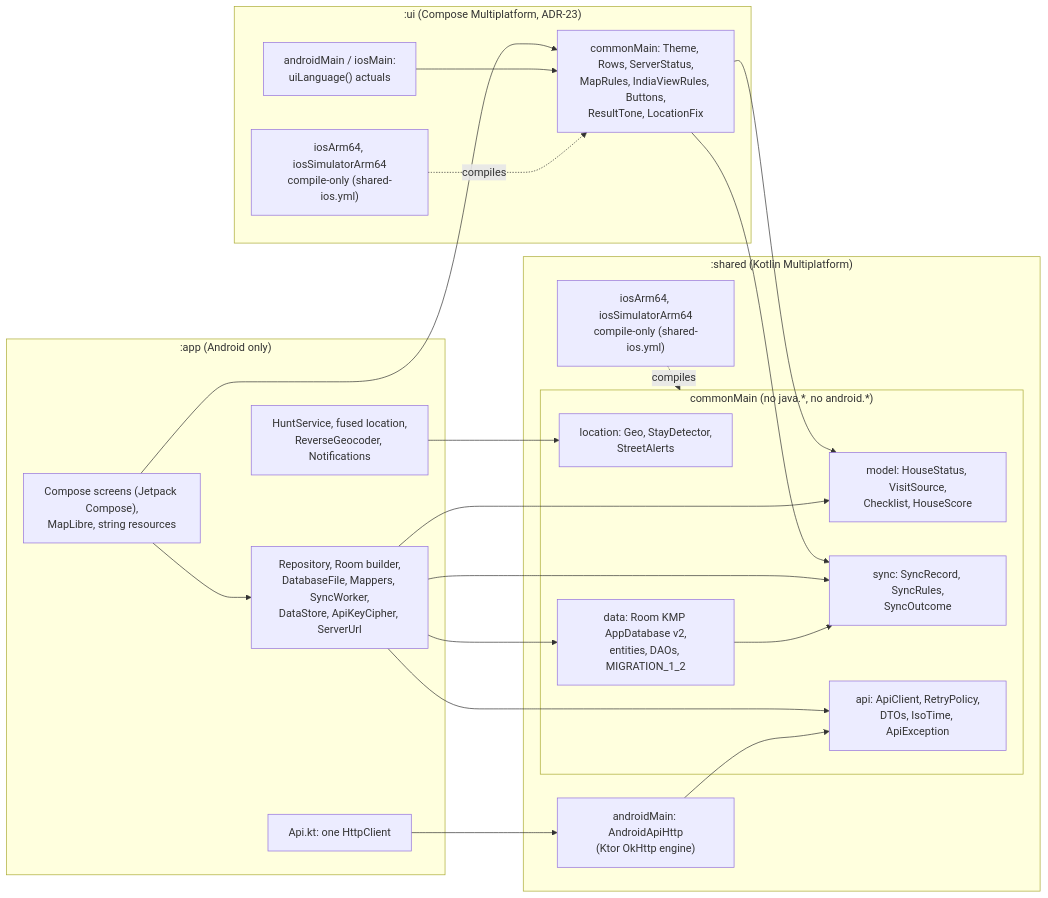
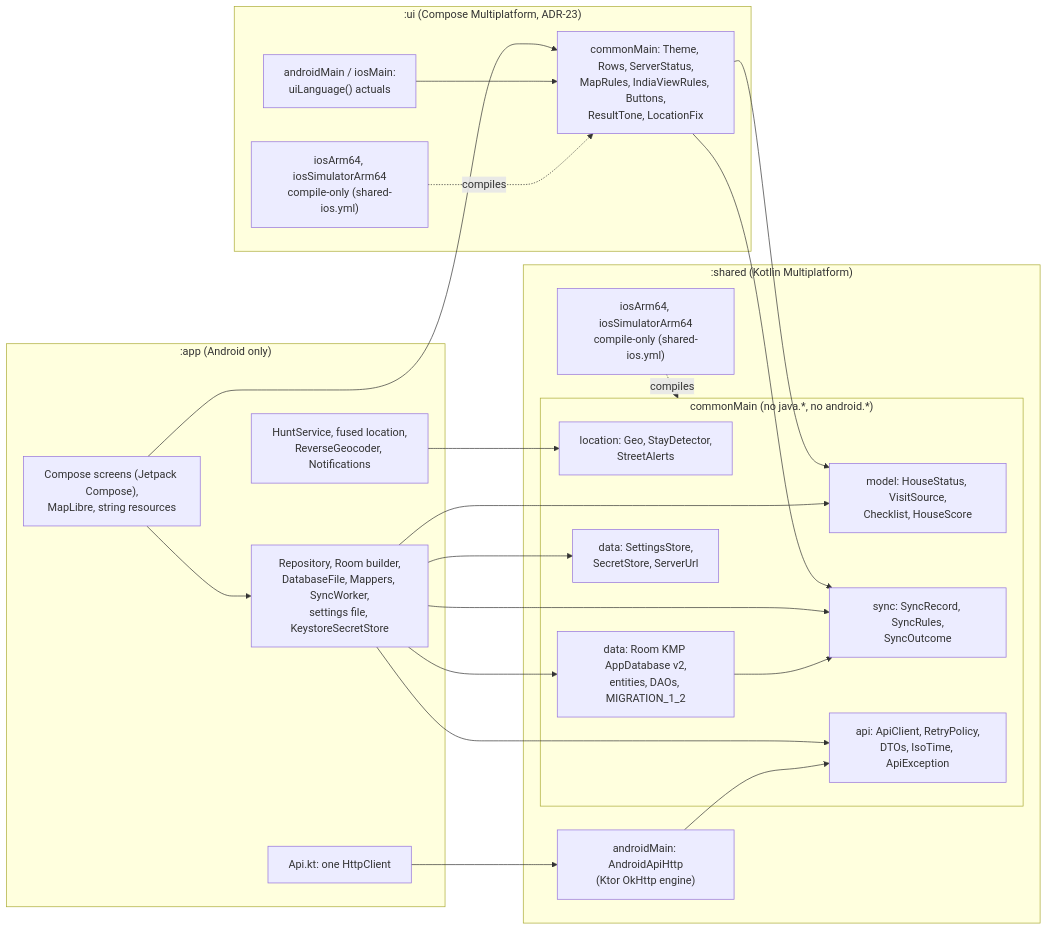
Before and after one commit to Sriram-Codes-SW/doorprints: the fifth of 17 diagrams in docs/03-design.md, drawn with Mermaid. The commit also changed other lines of this file and 10 other files, not shown here.

````diff
--- a/docs/03-design.md
+++ b/docs/03-design.md
@@ -226,40 +228,42 @@
 ```mermaid
 flowchart LR
     subgraph app[":app (Android only)"]
         ui["Compose screens (Jetpack Compose),<br/>MapLibre, string resources"]
         plat["HuntService, fused location,<br/>ReverseGeocoder, Notifications"]
-        data["Repository, Room builder,<br/>DatabaseFile, Mappers, SyncWorker,<br/>DataStore, ApiKeyCipher, ServerUrl"]
+        data["Repository, Room builder,<br/>DatabaseFile, Mappers, SyncWorker,<br/>settings file, KeystoreSecretStore"]
         apiw["Api.kt: one HttpClient"]
     end
     subgraph shared[":shared (Kotlin Multiplatform)"]
         subgraph cm["commonMain (no java.*, no android.*)"]
             model["model: HouseStatus, VisitSource,<br/>Checklist, HouseScore"]
             sync["sync: SyncRecord, SyncRules,<br/>SyncOutcome"]
             loc["location: Geo, StayDetector,<br/>StreetAlerts"]
             api["api: ApiClient, RetryPolicy,<br/>DTOs, IsoTime, ApiException"]
             room["data: Room KMP AppDatabase v2,<br/>entities, DAOs, MIGRATION_1_2"]
+            settings["data: SettingsStore,<br/>SecretStore, ServerUrl"]
         end
         am["androidMain: AndroidApiHttp<br/>(Ktor OkHttp engine)"]
         ios["iosArm64, iosSimulatorArm64<br/>compile-only (shared-ios.yml)"]
     end
     subgraph uim[":ui (Compose Multiplatform, ADR-23)"]
         uicm["commonMain: Theme, Rows, ServerStatus,<br/>MapRules, IndiaViewRules, Buttons,<br/>ResultTone, LocationFix"]
         uiam["androidMain / iosMain:<br/>uiLanguage() actuals"]
         uiios["iosArm64, iosSimulatorArm64<br/>compile-only (shared-ios.yml)"]
     end
     ui --> uicm
     uicm --> model
     uicm --> sync
     uiam --> uicm
     uiios -.->|"compiles"| uicm
     ui --> data
     plat --> loc
     data --> sync
     data --> model
     data --> api
     data --> room
+    data --> settings
     room --> sync
     apiw --> am
     am --> api
     ios -.->|"compiles"| cm
 ```
````
